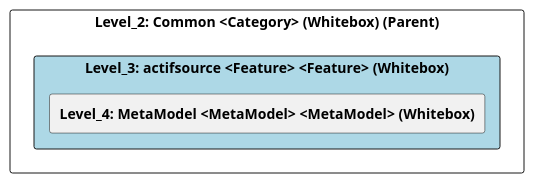
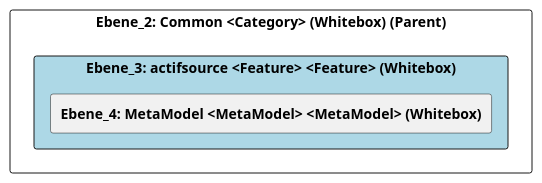
One commit to marcozwyssig/cleon changed the diagram in doc/cleonproject_deliverables_architecture_model_architecture/adoc/de/05_bausteinsicht/cleon/common/actifsource/ebene_3_actifsource.adoc. Above: the diagram before and after it, drawn with PlantUML. The commit also changed other lines of this file and 258 other files, not shown here.

```diff
--- a/doc/cleonproject_deliverables_architecture_model_architecture/adoc/de/05_bausteinsicht/cleon/common/actifsource/ebene_3_actifsource.adoc
+++ b/doc/cleonproject_deliverables_architecture_model_architecture/adoc/de/05_bausteinsicht/cleon/common/actifsource/ebene_3_actifsource.adoc
@@ -24,24 +24,24 @@
-[plantuml, Level_3: actifsource <Feature> <Feature> (Whitebox)BlockOverview, format="svg"]
+[plantuml, Ebene_3: actifsource <Feature> <Feature> (Whitebox)BlockOverview, format="svg"]
 ----
-@startuml Level_3: actifsource <Feature> <Feature> (Whitebox)BuildingBlockOverview
+@startuml Ebene_3: actifsource <Feature> <Feature> (Whitebox)BuildingBlockOverview
 
 skinparam ranksep 10
 skinparam componentStyle rectangle
 skinparam shadowing false
 skinparam arrowColor lightblue
 skinparam arrowThickness 1.2
 skinparam rectangle {
   BackgroundColor White
   BorderColor #333
   RoundCorner 10
 }
 top to bottom direction
 
-component "Level_2: Common <Category> (Whitebox) (Parent)" {
-    component "Level_3: actifsource <Feature> <Feature> (Whitebox)" #lightblue {
-        [**Level_4: MetaModel <MetaModel> <MetaModel> (Whitebox)**] as 4A57056A_D579_11EE_903E_9F564E4DE07E
+component "Ebene_2: Common <Category> (Whitebox) (Parent)" {
+    component "Ebene_3: actifsource <Feature> <Feature> (Whitebox)" #lightblue {
+        [**Ebene_4: MetaModel <MetaModel> <MetaModel> (Whitebox)**] as 4A57056A_D579_11EE_903E_9F564E4DE07E
     }
 }
 
 @enduml
 ----
```
